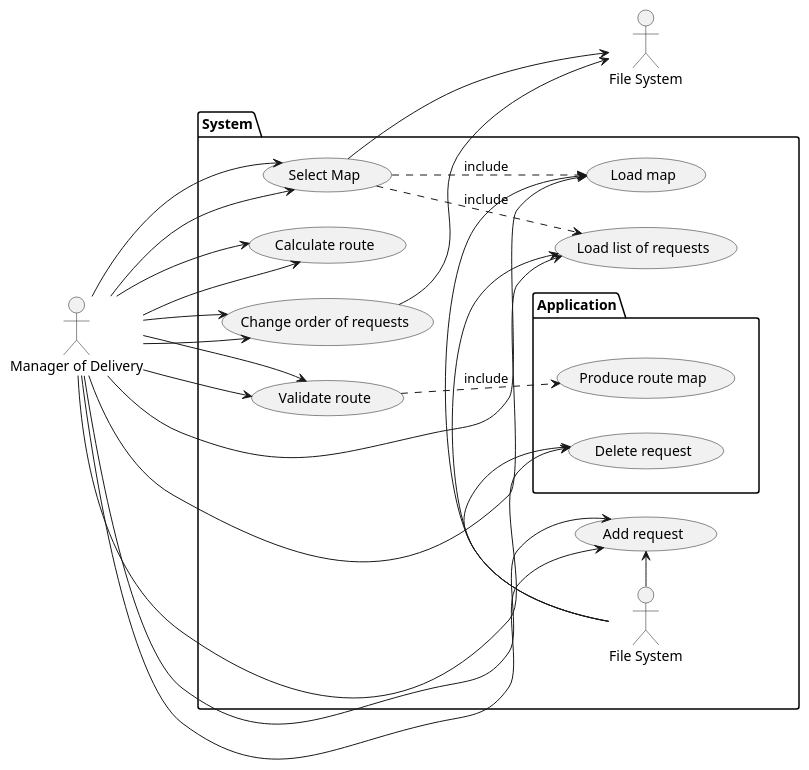
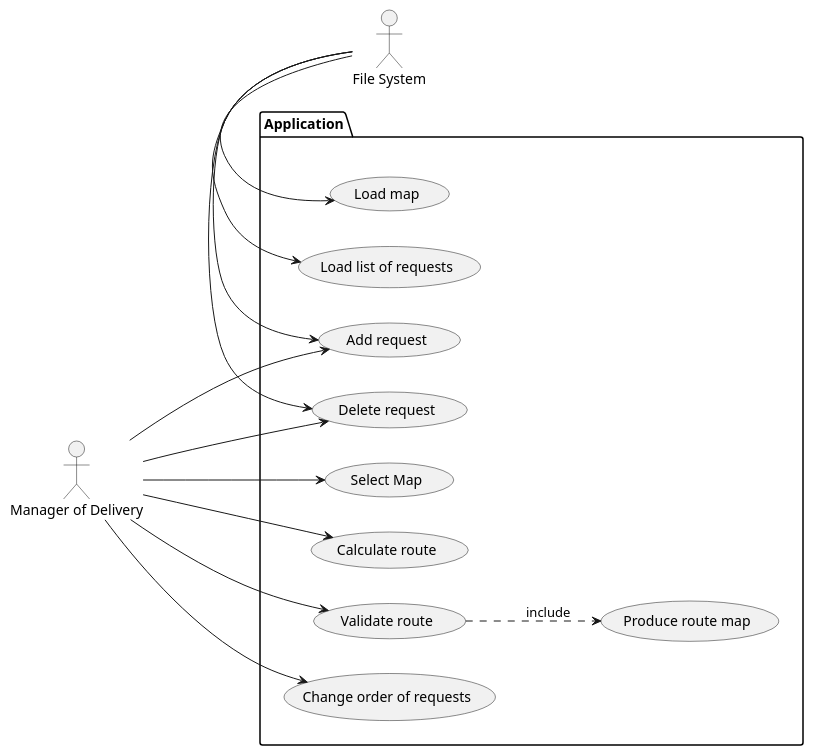
Before and after one commit to Karlenkko/Agile-OnErrand: the diagram in src/documentation/UseCase.puml, drawn with PlantUML.

```diff
--- a/src/documentation/UseCase.puml
+++ b/src/documentation/UseCase.puml
@@ -2,68 +2,44 @@
 @startuml
 
 
 left to right direction
 
 :Manager of Delivery: as User
-:File System: as Admin
+:File System: as fs
 
-rectangle System {
-    (Load Map) as UC1
-    (Load List of Request) as (UC2)
-    usecase (Calculate Route) as UC3
-    usecase (Add Request) as UC4
-    usecase (Change Order of Request) as UC5
-    usecase (Delete Request) as UC6
-    usecase (Confirm Route) as UC7
-package System{
-:File System: as fs
-}
 package Application {
     usecase "Select Map" as UC1
     usecase "Load map" as UC2
     usecase "Load list of requests" as UC3
-
-User --> (UC1)
-User --> (UC2)
-User --> (UC3)
-User --> (UC4)
-User --> (UC5)
-User --> (UC6)
-User --> (UC7)
-    UC1 ..> UC2 : include
-    UC1 ..> UC3 : include
-
-(UC1) --> Admin
-(UC7) --> Admin
-
     usecase "Calculate route" as UC4
     usecase "Validate route" as UC5
     usecase "Add request" as UC6
     usecase "Change order of requests" as UC7
     usecase "Delete request" as UC8
     usecase "Produce route map" as UC9
 
+    User -[hidden]->Application
+    User ---> UC1
+    User --> UC4
+    User --> UC5
+    User --> UC6
+    User --> UC7
+    User --> UC8
+    Application -[hidden]> fs
+    fs -> UC2
+    fs -> UC3
+    fs -> UC6
+    fs -> UC8
     UC5 ..>UC9 : include
 }
-User -[hidden]->Application
-User ---> UC1
-User --> UC4
-User --> UC5
-User --> UC6
-User --> UC7
-User --> UC8
-Application -[hidden]> System
-fs -> UC2
-fs -> UC3
-fs -> UC6
-fs -> UC8
+
 'note left of UC1
 'the very first step
 'of using the application
 'end note
 
 'note "This note is connected\nto several objects." as N2
 '(Start) .. N2
 'N2 .. (Use)
 
 @enduml
```
